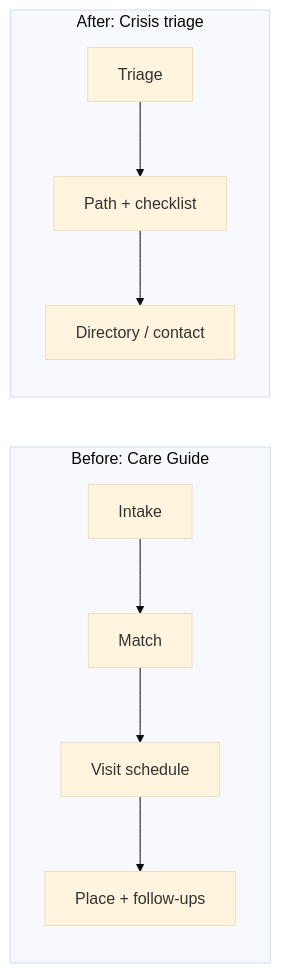
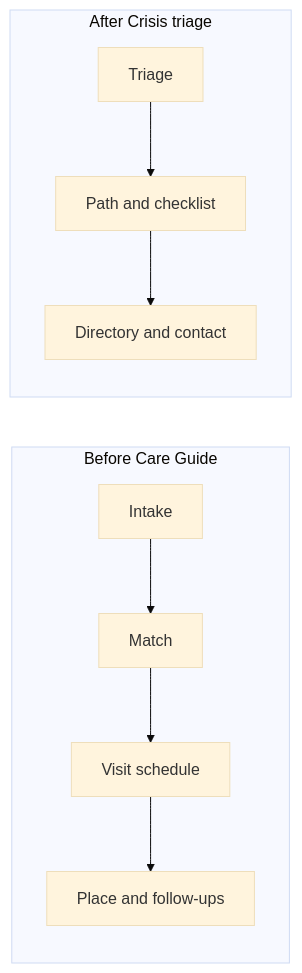
One commit to shashipoojary/Shepherds-Oud changed the third of 3 diagrams in docs/CLIENT_PRODUCT_CUTOVER_BRIEF.md. Above: the diagram before and after it, drawn with Mermaid (base theme). The commit also changed other lines of this file and 2 other files, not shown here.

First line of the commit message:
Fix client brief Mermaid for GitHub and slim provider nav.

````diff
--- a/docs/CLIENT_PRODUCT_CUTOVER_BRIEF.md
+++ b/docs/CLIENT_PRODUCT_CUTOVER_BRIEF.md
@@ -92,10 +92,13 @@
 ```mermaid
 flowchart LR
-  subgraph BEFORE["Before: Care Guide"]
-    B1[Intake] --> B2[Match] --> B3[Visit schedule] --> B4[Place + follow-ups]
+  subgraph before [Before Care Guide]
+    B1[Intake] --> B2[Match]
+    B2 --> B3[Visit schedule]
+    B3 --> B4[Place and follow-ups]
   end
 
-  subgraph AFTER["After: Crisis triage"]
-    A1[Triage] --> A2[Path + checklist] --> A3[Directory / contact]
+  subgraph after [After Crisis triage]
+    A1[Triage] --> A2[Path and checklist]
+    A2 --> A3[Directory and contact]
   end
 ```
````
